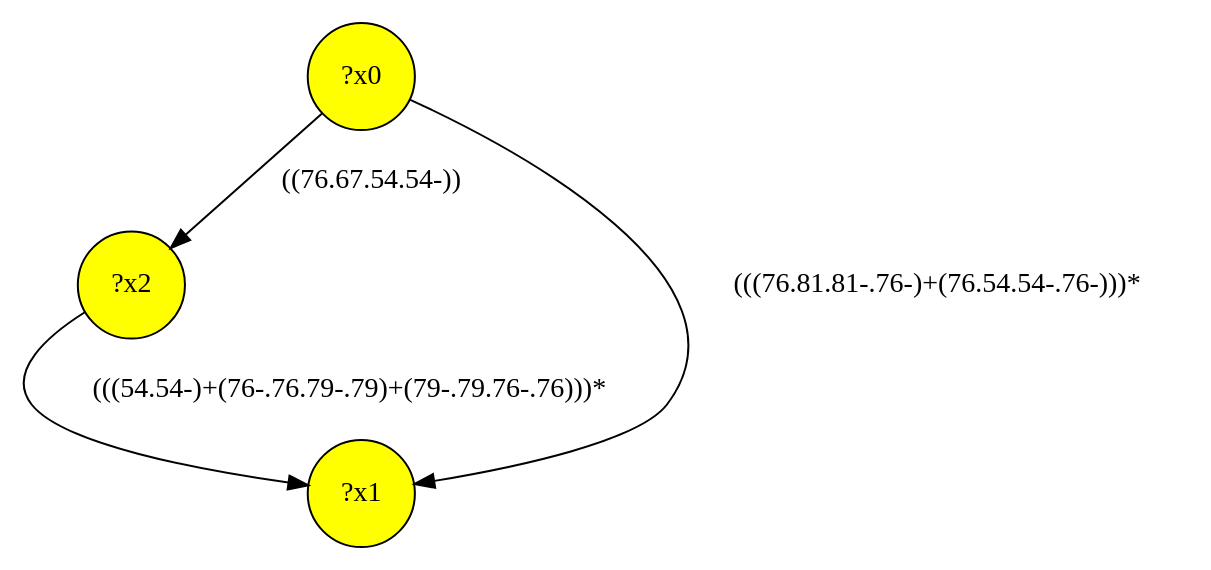
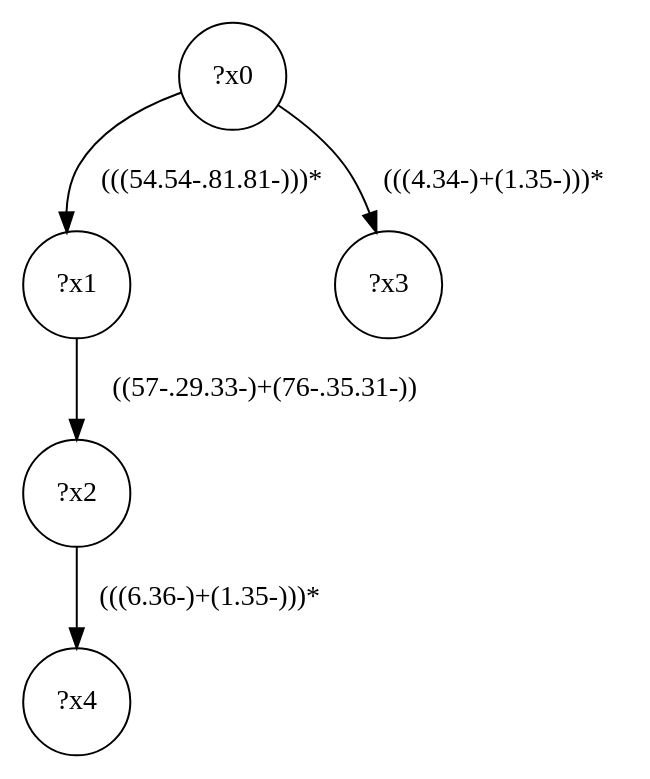
Before and after one commit to MathieuGicquel/federated-benchmark: the diagram in lib/gmark/demo/shop/shop-interface/query-30.dot, drawn with Graphviz. The commit also changed 354 other files, not shown here.

```diff
--- a/lib/gmark/demo/shop/shop-interface/query-30.dot
+++ b/lib/gmark/demo/shop/shop-interface/query-30.dot
@@ -1,8 +1,11 @@
 digraph g {
-	x2 [fillcolor="yellow", style="filled," shape=circle, label="?x2"];
-	x0 [fillcolor="yellow", style="filled," shape=circle, label="?x0"];
-	x1 [fillcolor="yellow", style="filled," shape=circle, label="?x1"];
-	x0 -> x1 [label="(((76.81.81-.76-)+(76.54.54-.76-)))*"];
-	x0 -> x2 [label="((76.67.54.54-))"];
-	x2 -> x1 [label="(((54.54-)+(76-.76.79-.79)+(79-.79.76-.76)))*"];
+	x0 [shape=circle, label="?x0"];
+	x1 [shape=circle, label="?x1"];
+	x0 -> x1 [label="(((54.54-.81.81-)))*"];
+	x2 [shape=circle, label="?x2"];
+	x1 -> x2 [label="((57-.29.33-)+(76-.35.31-))"];
+	x3 [shape=circle, label="?x3"];
+	x0 -> x3 [label="(((4.34-)+(1.35-)))*"];
+	x4 [shape=circle, label="?x4"];
+	x2 -> x4 [label="(((6.36-)+(1.35-)))*"];
 }
```
